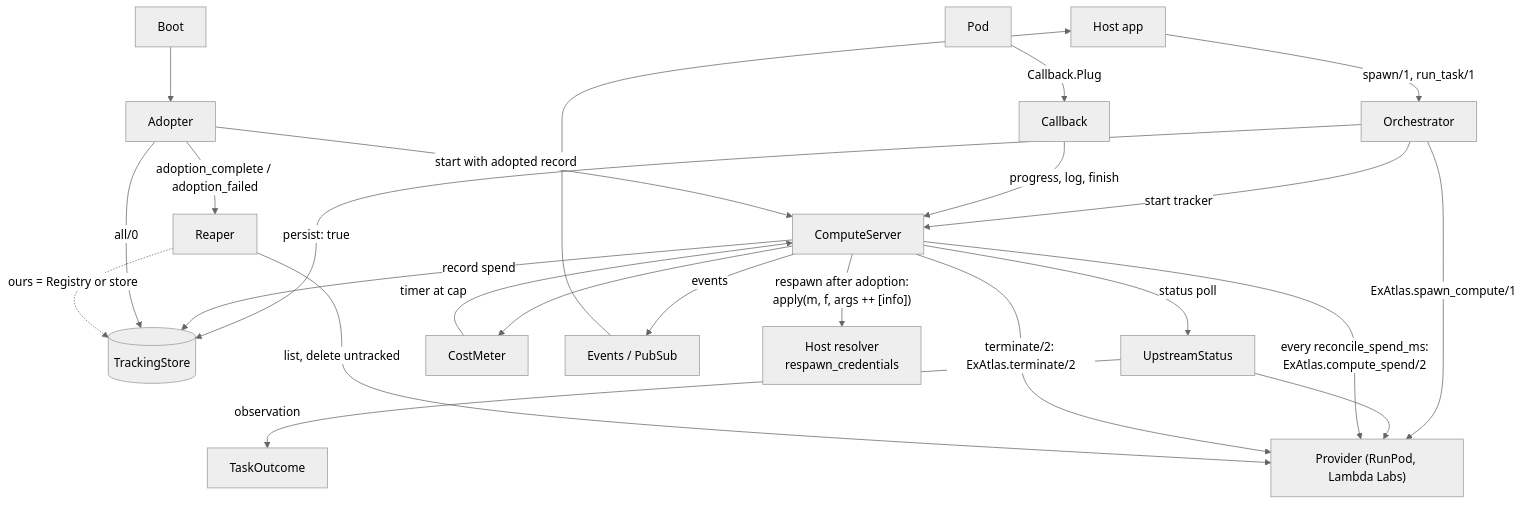
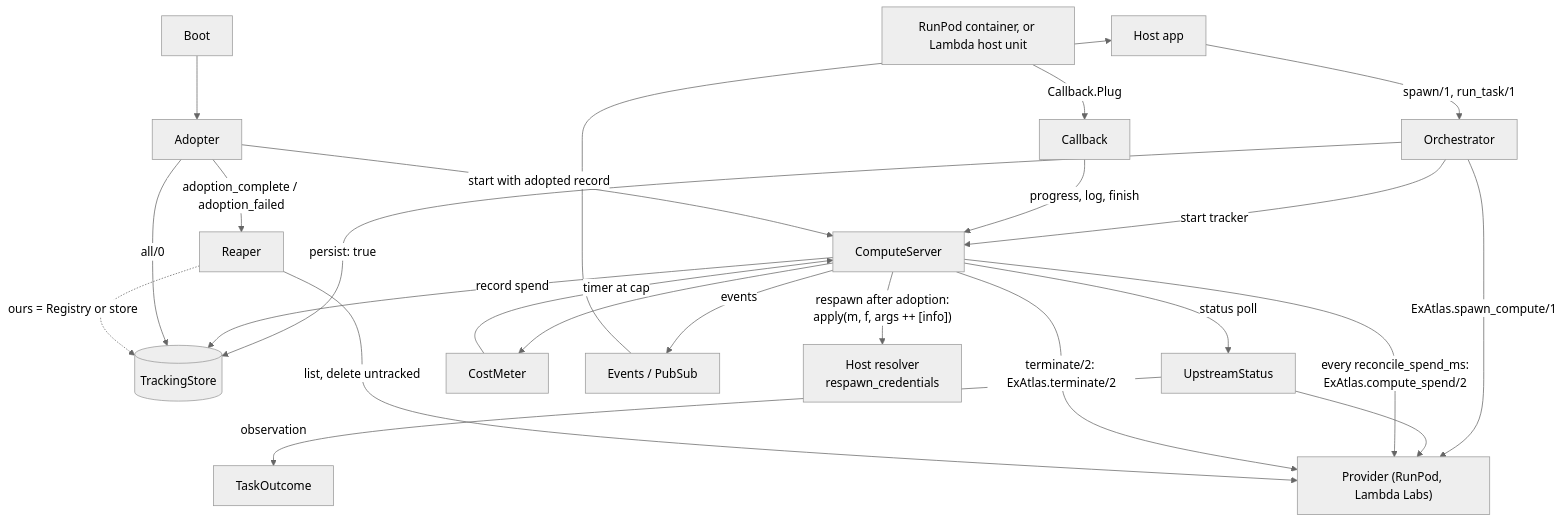
One commit to udin-io/ex_atlas changed the first of 5 diagrams in docs/architecture.md. Above: the diagram before and after it, drawn with Mermaid (neutral theme). The commit also changed other lines of this file and 19 other files, not shown here.

First line of the commit message:
Lambda Labs: commands and run_task, with the exit reported from the host (slice 2) (#90)

````diff
--- a/docs/architecture.md
+++ b/docs/architecture.md
@@ -60,26 +60,26 @@
 ```mermaid
 flowchart TD
   host["Host app"] -->|"spawn/1, run_task/1"| orc["Orchestrator"]
   orc -->|"ExAtlas.spawn_compute/1"| prov["Provider (RunPod, Lambda Labs)"]
   orc -->|"persist: true"| store[("TrackingStore")]
   orc -->|"start tracker"| cs["ComputeServer"]
   cs -->|"status poll"| us["UpstreamStatus"]
   us --> prov
   us -->|"observation"| to["TaskOutcome"]
   cs --> cm["CostMeter"]
   cm -->|"timer at cap"| cs
   cs -->|"every reconcile_spend_ms:<br/>ExAtlas.compute_spend/2"| prov
   cs -->|"record spend"| store
   cs -->|"events"| ev["Events / PubSub"]
   ev --> host
   cs -->|"terminate/2: ExAtlas.terminate/2"| prov
-  pod["Pod"] -->|"Callback.Plug"| cb["Callback"]
+  pod["RunPod container, or Lambda host unit"] -->|"Callback.Plug"| cb["Callback"]
   cb -->|"progress, log, finish"| cs
   boot["Boot"] --> ad["Adopter"]
   ad -->|"all/0"| store
   ad -->|"start with adopted record"| cs
   cs -->|"respawn after adoption:<br/>apply(m, f, args ++ [info])"| res["Host resolver<br/>respawn_credentials"]
   ad -->|"adoption_complete / adoption_failed"| rp["Reaper"]
   rp -->|"list, delete untracked"| prov
   rp -.->|"ours = Registry or store"| store
 ```
````
